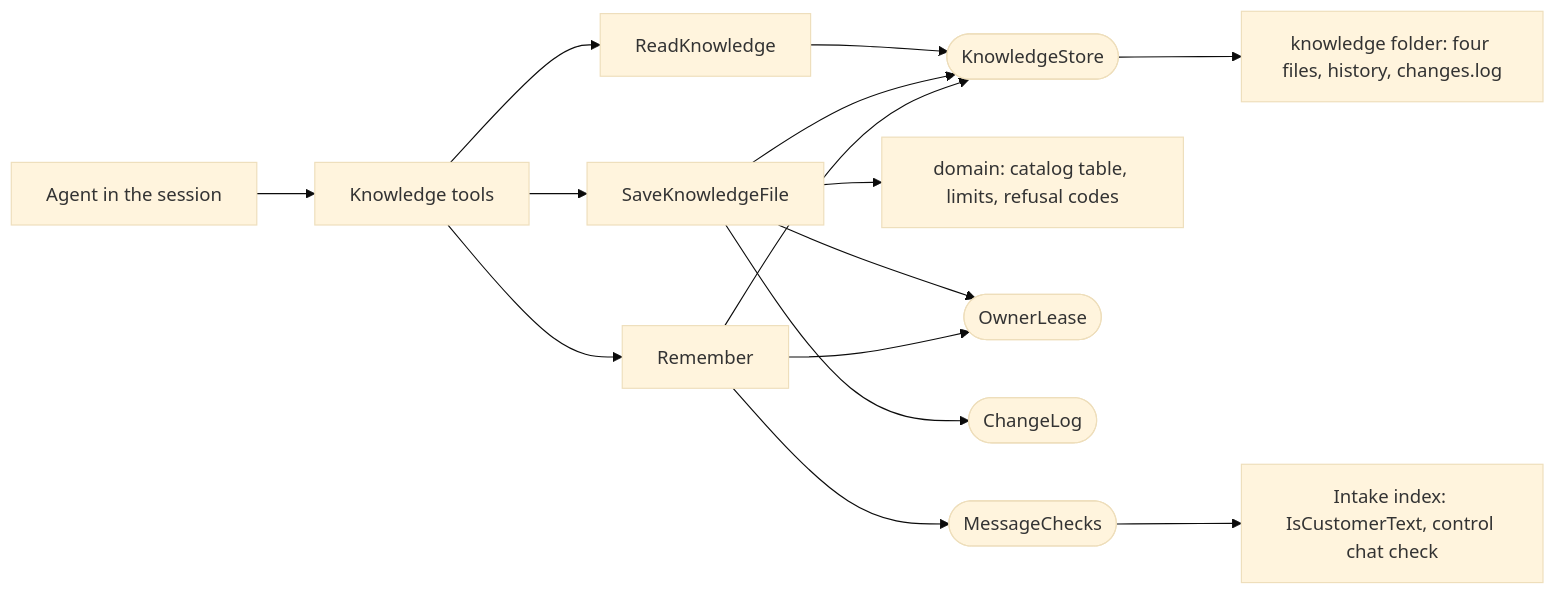
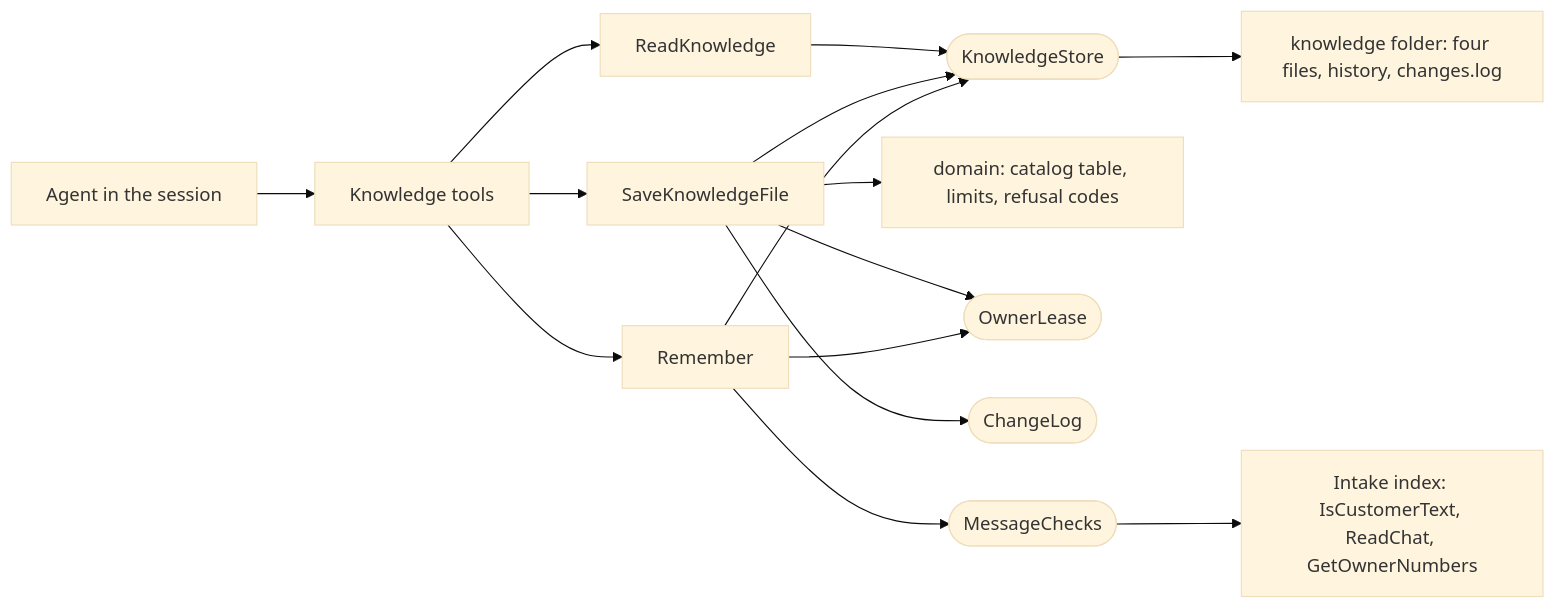
Before and after one commit to antonygiomarxdev/deputy: the diagram in docs/knowledge/tp/TP-04-pilot-knowledge-files.md, drawn with Mermaid (base theme). The commit also changed other lines of this file and 6 other files, not shown here.

First line of the commit message:
docs: close the control chat question against Intake FRD-05 and wire it through the Intake adapter

````diff
--- a/docs/knowledge/tp/TP-04-pilot-knowledge-files.md
+++ b/docs/knowledge/tp/TP-04-pilot-knowledge-files.md
@@ -71,17 +71,17 @@
 ```mermaid
 flowchart LR
   Agent["Agent in the session"] --> Tools["Knowledge tools"]
   Tools --> Read["ReadKnowledge"]
   Tools --> Save["SaveKnowledgeFile"]
   Tools --> Rem["Remember"]
   Read --> Store(["KnowledgeStore"])
   Save --> Store
   Save --> Dom["domain: catalog table, limits, refusal codes"]
   Save --> Lease(["OwnerLease"])
   Save --> Log(["ChangeLog"])
   Rem --> Store
   Rem --> Chk(["MessageChecks"])
   Rem --> Lease
-  Chk --> Intake["Intake index: IsCustomerText, control chat check"]
+  Chk --> Intake["Intake index: IsCustomerText, ReadChat, GetOwnerNumbers"]
   Store --> Files["knowledge folder: four files, history, changes.log"]
 ```
````
